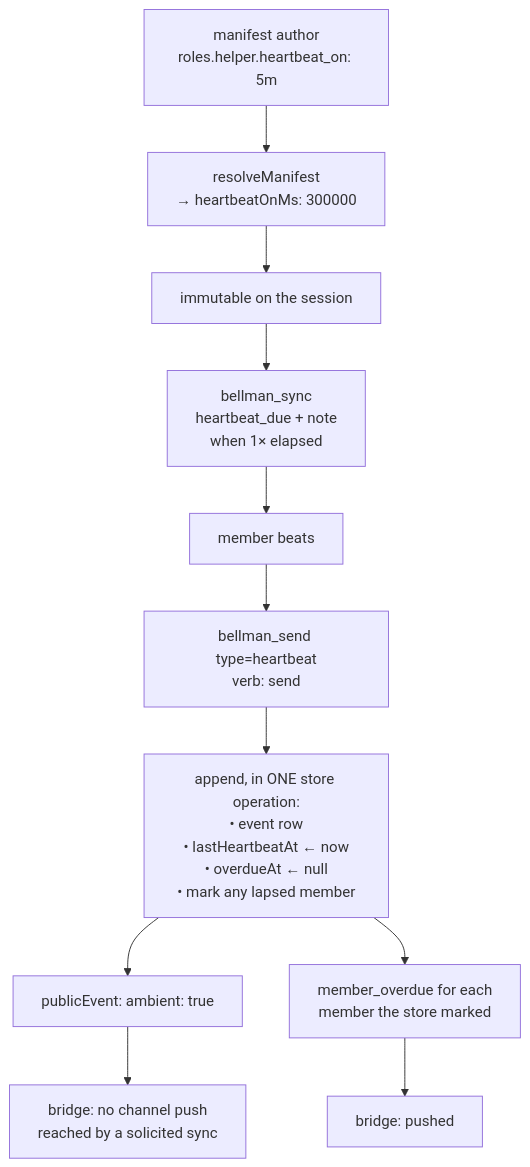
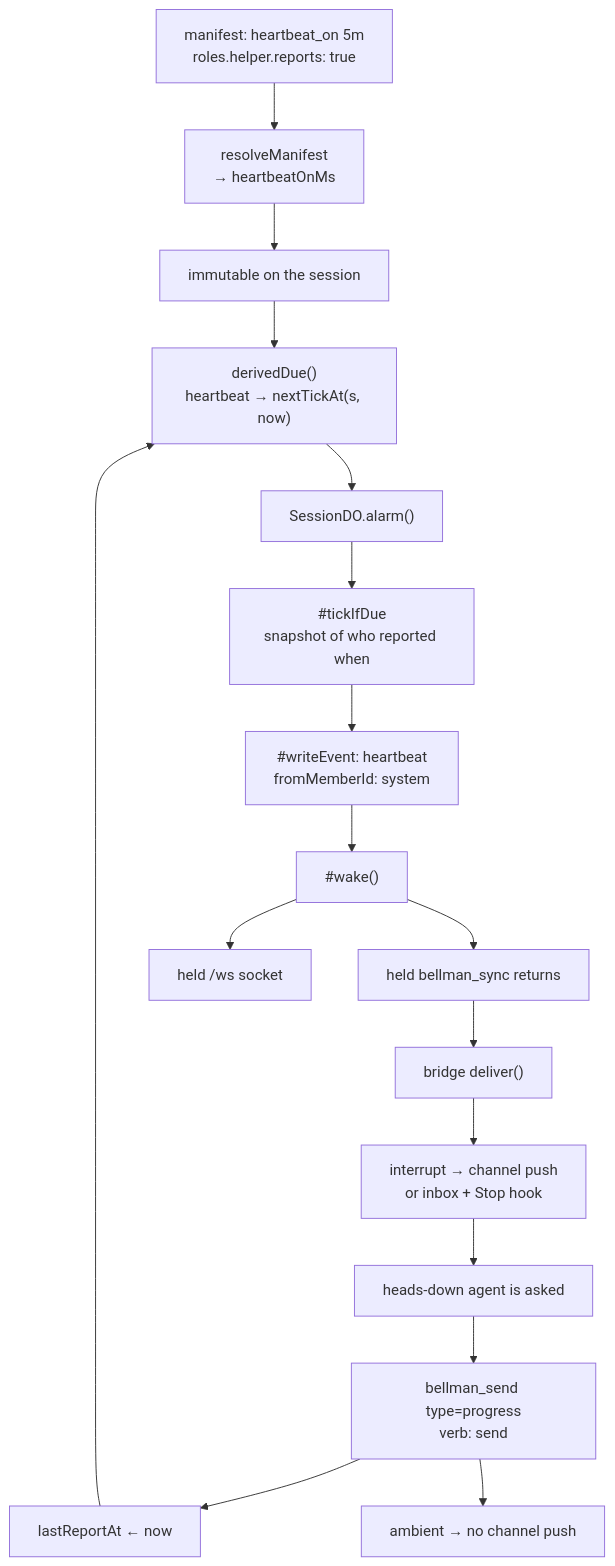
One commit to bellman-sh/bellman changed the diagram in docs/superpowers/specs/2026-10-02-heartbeat-events-design.md. Above: the diagram before and after it, drawn with Mermaid. The commit also changed other lines of this file, not shown here.

````diff
--- a/docs/superpowers/specs/2026-10-02-heartbeat-events-design.md
+++ b/docs/superpowers/specs/2026-10-02-heartbeat-events-design.md
@@ -354,16 +357,22 @@
 ```mermaid
 flowchart TB
-    AUTHOR["manifest author<br/>roles.helper.heartbeat_on: 5m"] --> RESOLVE["resolveManifest<br/>→ heartbeatOnMs: 300000"]
-    RESOLVE --> STORE["immutable on the session"]
+    AUTHOR["manifest: heartbeat_on 5m<br/>roles.helper.reports: true"] --> RESOLVE["resolveManifest<br/>→ heartbeatOnMs"]
+    RESOLVE --> SESSION["immutable on the session"]
 
-    STORE --> SYNC["bellman_sync<br/>heartbeat_due + note<br/>when 1× elapsed"]
-    SYNC --> AGENT["member beats"]
-    AGENT --> SEND["bellman_send type=heartbeat<br/>verb: send"]
-    SEND --> APPEND["append, in ONE store operation:<br/>• event row<br/>• lastHeartbeatAt ← now<br/>• overdueAt ← null<br/>• mark any lapsed member"]
+    SESSION --> DD["derivedDue()<br/>heartbeat → nextTickAt(s, now)"]
+    DD --> ALARM["SessionDO.alarm()"]
+    ALARM --> TICK["#tickIfDue<br/>snapshot of who reported when"]
+    TICK --> WRITE["#writeEvent: heartbeat<br/>fromMemberId: system"]
+    WRITE --> WAKE["#wake()"]
 
-    APPEND --> AMB["publicEvent: ambient: true"]
-    APPEND --> OD["member_overdue for each<br/>member the store marked"]
+    WAKE --> POLL["held bellman_sync returns"]
+    WAKE --> WS["held /ws socket"]
+    POLL --> BRIDGE["bridge deliver()"]
+    BRIDGE --> PUSH["interrupt → channel push<br/>or inbox + Stop hook"]
+    PUSH --> AGENT["heads-down agent is asked"]
 
-    AMB --> QUIET["bridge: no channel push<br/>reached by a solicited sync"]
-    OD --> LOUD["bridge: pushed"]
+    AGENT --> REPLY["bellman_send type=progress<br/>verb: send"]
+    REPLY --> LAST["lastReportAt ← now"]
+    LAST --> DD
+    REPLY --> AMB["ambient → no channel push"]
 ```
````
